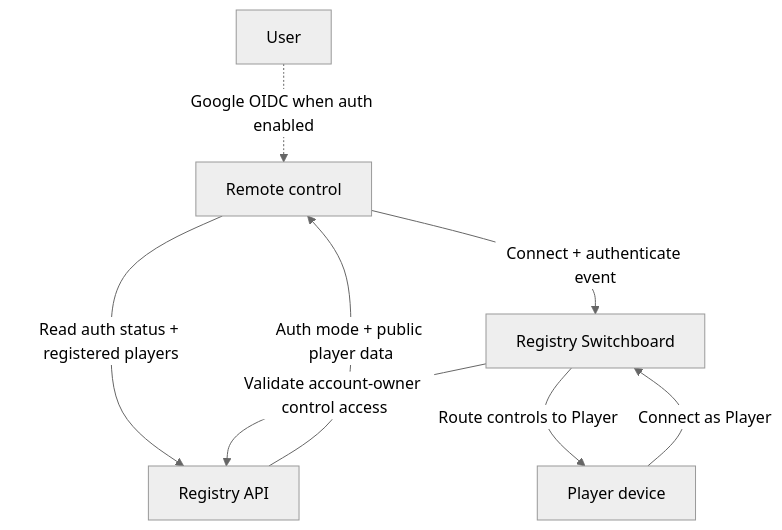
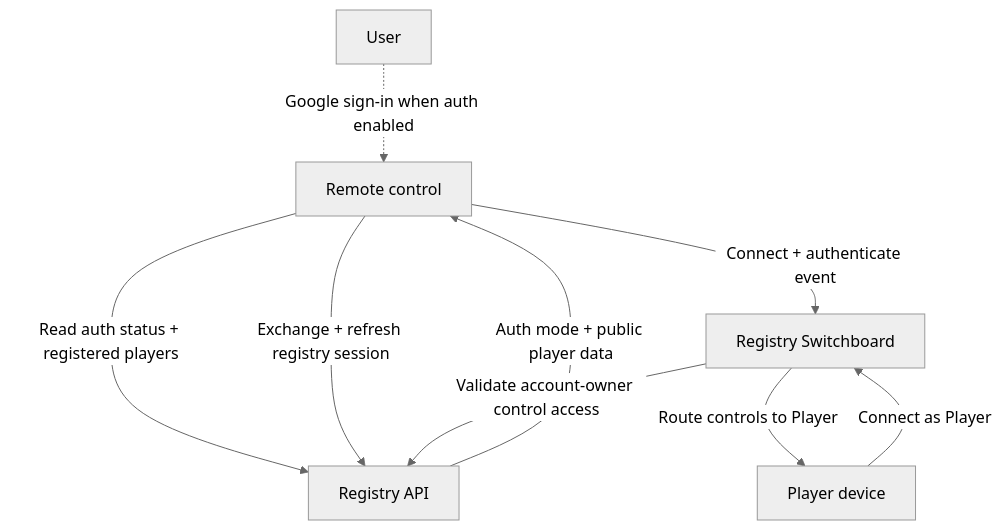
The second of 2 diagrams in README.md (briceburg/radio-pad), drawn with Mermaid (neutral theme) before and after one commit. The commit also changed other lines of this file and 51 other files, not shown here.

````diff
--- a/README.md
+++ b/README.md
@@ -139,16 +140,17 @@
 ```mermaid
 flowchart TD
     User["User"]
     Remote["Remote control"]
     Registry["Registry API"]
     Switchboard["Registry Switchboard"]
     Player["Player device"]
 
     Remote -- "Read auth status + registered players" --> Registry
     Registry -- "Auth mode + public player data" --> Remote
-    User -. "Google OIDC when auth enabled" .-> Remote
+    User -. "Google sign-in when auth enabled" .-> Remote
+    Remote -- "Exchange + refresh registry session" --> Registry
     Remote -- "Connect + authenticate event" --> Switchboard
     Switchboard -- "Validate account-owner control access" --> Registry
     Player -- "Connect as Player" --> Switchboard
     Switchboard -- "Route controls to Player" --> Player
 ```
````
